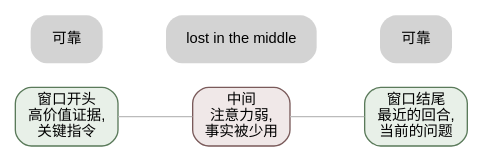
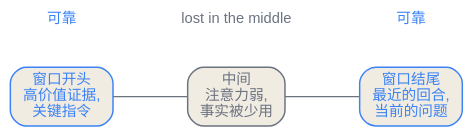
Before and after one commit to latere-ai/ai-as-an-infrastructure: the first of 3 diagrams in zh/p5-orchestration/26-context-engineering.qmd, drawn with Graphviz. The commit also changed other lines of this file and 186 other files, not shown here.

First line of the commit message:
book: visual audit pass on all diagrams and figures

````diff
--- a/zh/p5-orchestration/26-context-engineering.qmd
+++ b/zh/p5-orchestration/26-context-engineering.qmd
@@ -36,25 +36,26 @@
 ```{dot}
 //| label: fig-ce-position
 //| fig-cap: "上下文窗口的示意摆放图。注意力在两端可靠，在中间最弱，源自 Liu 等（2024）的 lost-in-the-middle 效应。形状为示意，非实测。"
 digraph position {
   rankdir=LR;
-  node [shape=box, style="rounded,filled", fontsize=11, fontname="Helvetica"];
-  edge [arrowhead=none, color="#bbbbbb"];
+  bgcolor="transparent";
+  node [shape=box, style="rounded,filled", fontsize=11, fontname="Helvetica", fillcolor="#f1ece1", color="#6b7280", fontcolor="#6b7280", penwidth=1.1];
+  edge [arrowhead=none, color="#6b7280", fontcolor="#6b7280"];
 
-  head [label="窗口开头\n高价值证据,\n关键指令", fillcolor="#e8f0e8", color="#5a7a5a"];
-  mid  [label="中间\n注意力弱,\n事实被少用", fillcolor="#f0e8e8", color="#7a5a5a"];
-  tail [label="窗口结尾\n最近的回合,\n当前的问题", fillcolor="#e8f0e8", color="#5a7a5a"];
+  head [label="窗口开头\n高价值证据,\n关键指令", color="#3b82f6", fontcolor="#3b82f6"];
+  mid  [label="中间\n注意力弱,\n事实被少用"];
+  tail [label="窗口结尾\n最近的回合,\n当前的问题", color="#3b82f6", fontcolor="#3b82f6"];
 
   head -> mid -> tail;
 
-  reliable_l [shape=plaintext, label="可靠"];
-  weak [shape=plaintext, label="lost in the middle"];
-  reliable_r [shape=plaintext, label="可靠"];
+  reliable_l [shape=plaintext, style="", label="可靠", fontcolor="#3b82f6"];
+  weak [shape=plaintext, style="", label="lost in the middle"];
+  reliable_r [shape=plaintext, style="", label="可靠", fontcolor="#3b82f6"];
   reliable_l -> head [style=invis];
   weak -> mid [style=invis];
   reliable_r -> tail [style=invis];
   { rank=same; reliable_l; head; }
   { rank=same; weak; mid; }
   { rank=same; reliable_r; tail; }
 }
 ```
````
